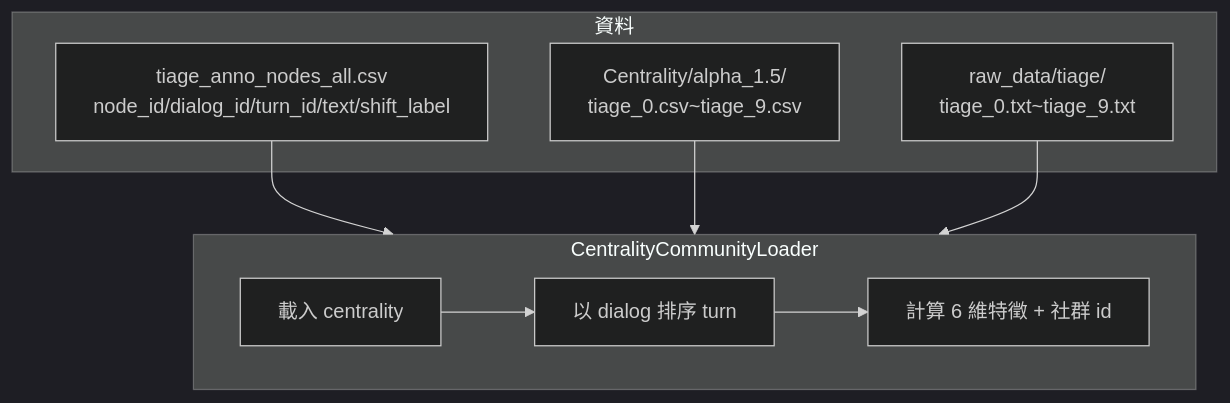
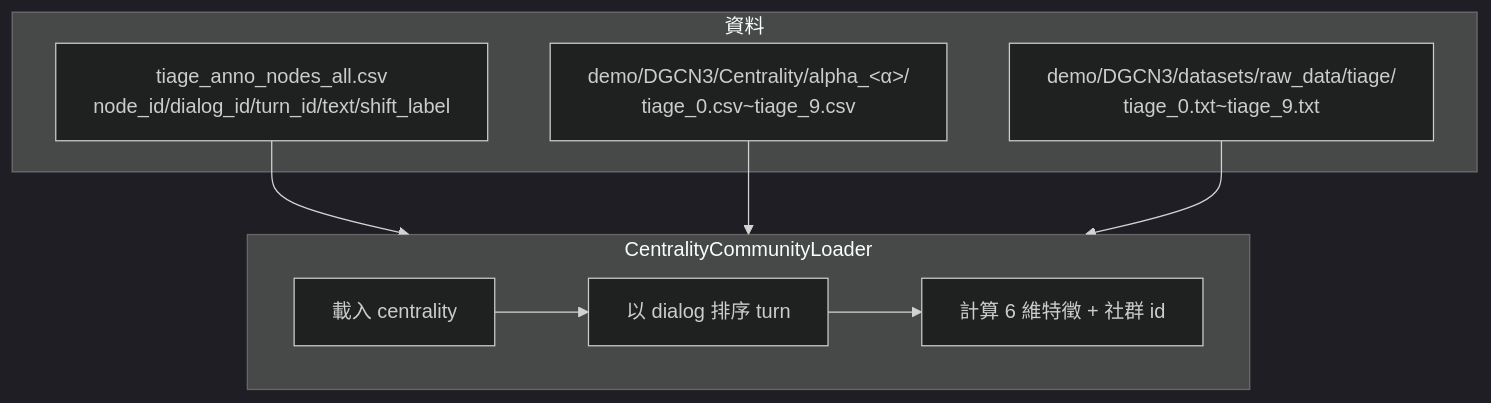
One commit to JensonLohTW/COLING2022-TAKE changed the second of 3 diagrams in docs/DGCN3_tiage_centrality_spec.md. Above: the diagram before and after it, drawn with Mermaid (dark theme). The commit also changed other lines of this file, not shown here.

````diff
--- a/docs/DGCN3_tiage_centrality_spec.md
+++ b/docs/DGCN3_tiage_centrality_spec.md
@@ -173,17 +178,17 @@
 ```mermaid
 flowchart TB
   subgraph Data["資料"]
     A["tiage_anno_nodes_all.csv<br/>node_id/dialog_id/turn_id/text/shift_label"]
-    B["Centrality/alpha_1.5/<br/>tiage_0.csv~tiage_9.csv"]
-    C["raw_data/tiage/<br/>tiage_0.txt~tiage_9.txt"]
+    B["demo/DGCN3/Centrality/alpha_<α>/<br/>tiage_0.csv~tiage_9.csv"]
+    C["demo/DGCN3/datasets/raw_data/tiage/<br/>tiage_0.txt~tiage_9.txt"]
   end
 
   subgraph Loader["CentralityCommunityLoader"]
     L1["載入 centrality"] --> L2["以 dialog 排序 turn"]
     L2 --> L3["計算 6 維特徵 + 社群 id"]
   end
 
   A --> Loader
   B --> Loader
   C --> Loader
 ```
````
